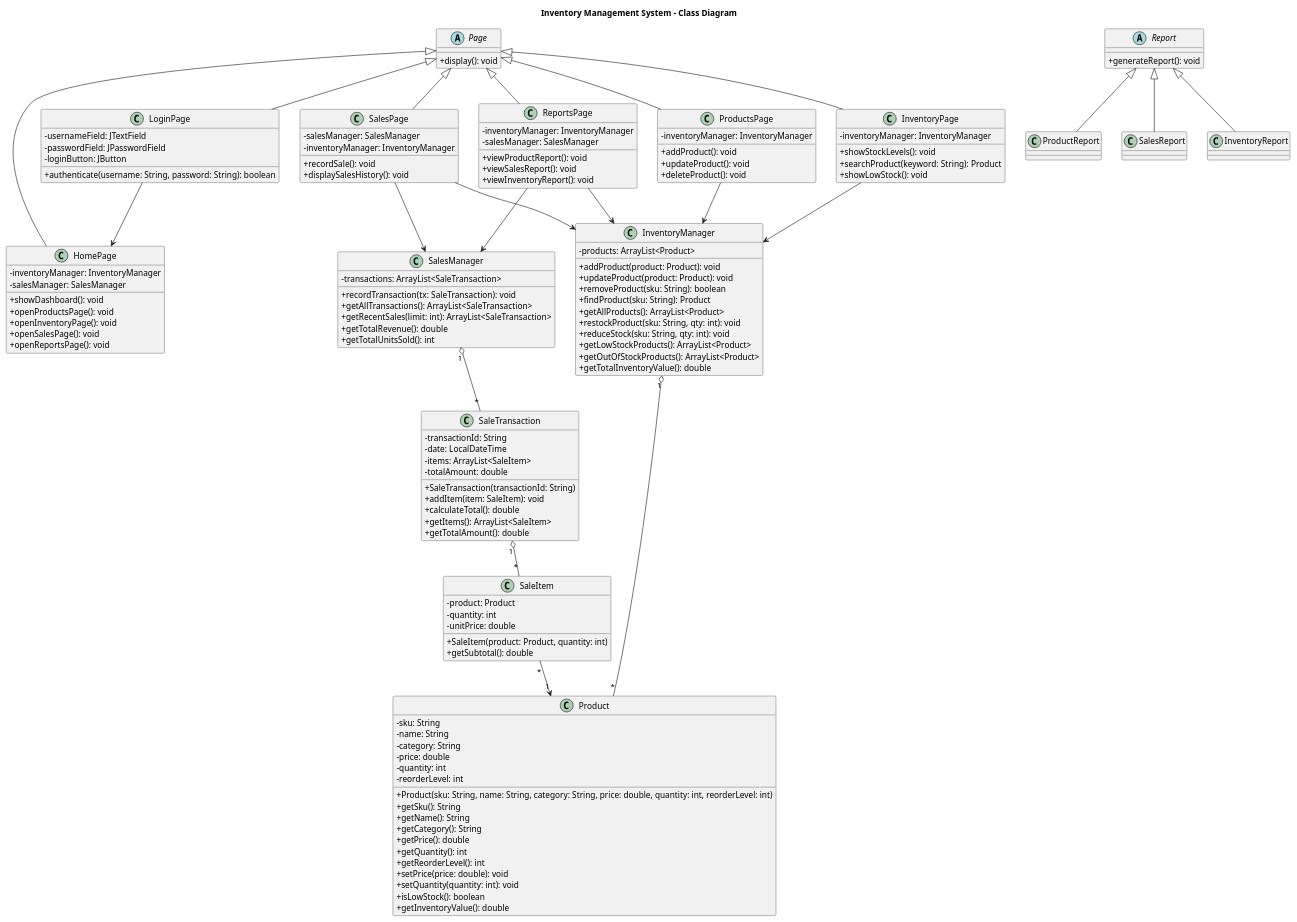
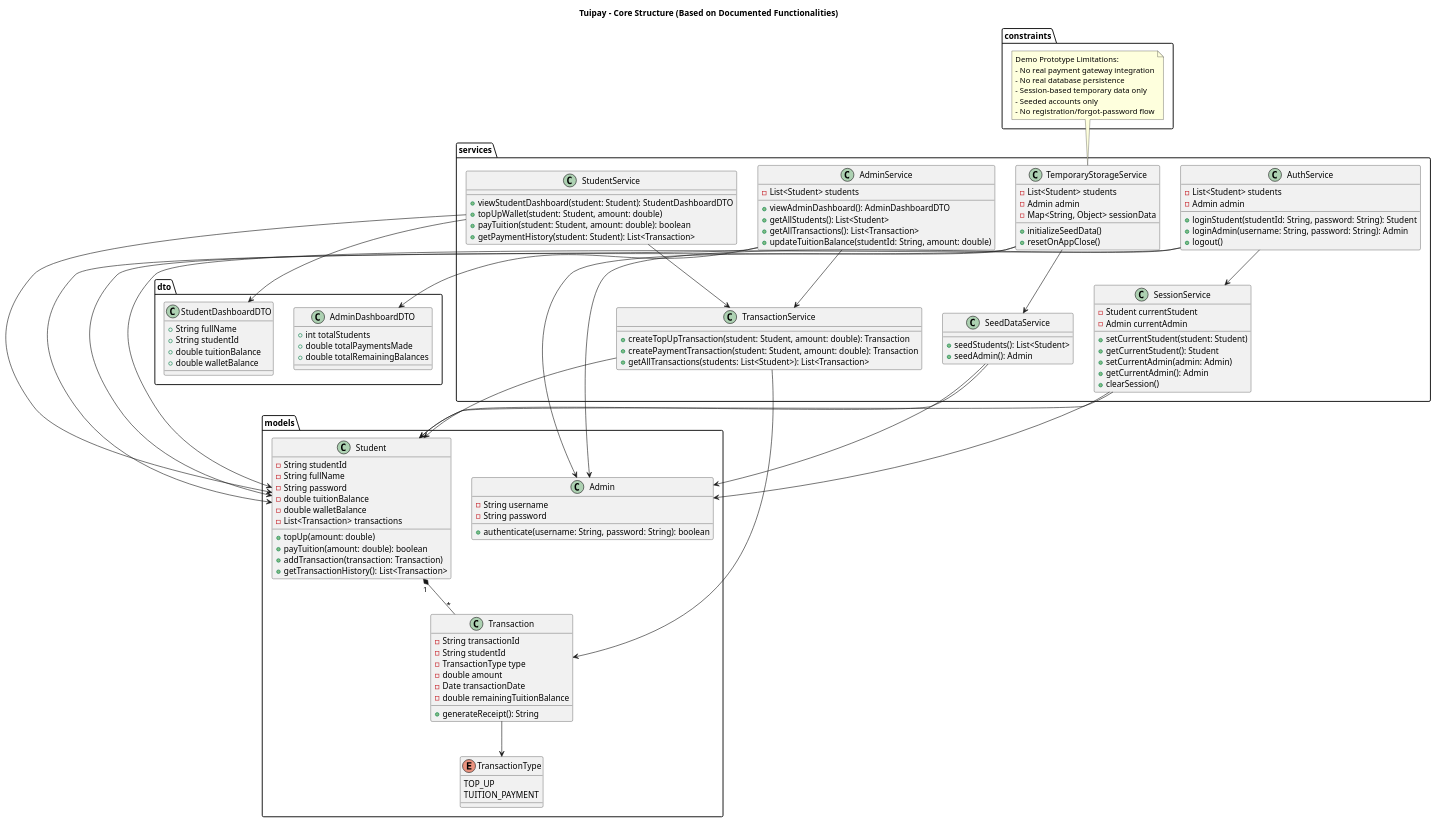
The diagram in src/main/resources/puml/uml.puml (Jasmyre/Tuipay), drawn with PlantUML before and after one commit. The commit also changed 22 other files, not shown here.

```diff
--- a/src/main/resources/puml/uml.puml
+++ b/src/main/resources/puml/uml.puml
@@ -1,182 +1,151 @@
 @startuml
-title Inventory Management System - Class Diagram
+title Tuipay - Core Structure (Based on Documented Functionalities)
 
-skinparam classAttributeIconSize 0
+package "models" {
 
-' =========================
-' BASE CLASSES (OOP SUPPORT)
-' =========================
+  class Student {
+    - String studentId
+    - String fullName
+    - String password
+    - double tuitionBalance
+    - double walletBalance
+    - List<Transaction> transactions
 
-abstract class Page {
-  + display(): void
+    + topUp(amount: double)
+    + payTuition(amount: double): boolean
+    + addTransaction(transaction: Transaction)
+    + getTransactionHistory(): List<Transaction>
+  }
+
+  class Admin {
+    - String username
+    - String password
+
+    + authenticate(username: String, password: String): boolean
+  }
+
+  class Transaction {
+    - String transactionId
+    - String studentId
+    - TransactionType type
+    - double amount
+    - Date transactionDate
+    - double remainingTuitionBalance
+
+    + generateReceipt(): String
+  }
+
+  enum TransactionType {
+    TOP_UP
+    TUITION_PAYMENT
+  }
 }
 
-abstract class Report {
-  + generateReport(): void
+package "services" {
+
+  class SeedDataService {
+    + seedStudents(): List<Student>
+    + seedAdmin(): Admin
+  }
+
+  class AuthService {
+    - List<Student> students
+    - Admin admin
+
+    + loginStudent(studentId: String, password: String): Student
+    + loginAdmin(username: String, password: String): Admin
+    + logout()
+  }
+
+  class StudentService {
+    + viewStudentDashboard(student: Student): StudentDashboardDTO
+    + topUpWallet(student: Student, amount: double)
+    + payTuition(student: Student, amount: double): boolean
+    + getPaymentHistory(student: Student): List<Transaction>
+  }
+
+  class AdminService {
+    - List<Student> students
+
+    + viewAdminDashboard(): AdminDashboardDTO
+    + getAllStudents(): List<Student>
+    + getAllTransactions(): List<Transaction>
+    + updateTuitionBalance(studentId: String, amount: double)
+  }
+
+  class SessionService {
+    - Student currentStudent
+    - Admin currentAdmin
+
+    + setCurrentStudent(student: Student)
+    + getCurrentStudent(): Student
+    + setCurrentAdmin(admin: Admin)
+    + getCurrentAdmin(): Admin
+    + clearSession()
+  }
+
+  class TransactionService {
+    + createTopUpTransaction(student: Student, amount: double): Transaction
+    + createPaymentTransaction(student: Student, amount: double): Transaction
+    + getAllTransactions(students: List<Student>): List<Transaction>
+  }
+
+  class TemporaryStorageService {
+    - List<Student> students
+    - Admin admin
+    - Map<String, Object> sessionData
+
+    + initializeSeedData()
+    + resetOnAppClose()
+  }
 }
 
-' =========================
-' MODEL CLASSES
-' =========================
+package "dto" {
+  class StudentDashboardDTO {
+    + String fullName
+    + String studentId
+    + double tuitionBalance
+    + double walletBalance
+  }
 
-class Product {
-  - sku: String
-  - name: String
-  - category: String
-  - price: double
-  - quantity: int
-  - reorderLevel: int
-  + Product(sku: String, name: String, category: String, price: double, quantity: int, reorderLevel: int)
-  + getSku(): String
-  + getName(): String
-  + getCategory(): String
-  + getPrice(): double
-  + getQuantity(): int
-  + getReorderLevel(): int
-  + setPrice(price: double): void
-  + setQuantity(quantity: int): void
-  + isLowStock(): boolean
-  + getInventoryValue(): double
+  class AdminDashboardDTO {
+    + int totalStudents
+    + double totalPaymentsMade
+    + double totalRemainingBalances
+  }
 }
 
-class SaleItem {
-  - product: Product
-  - quantity: int
-  - unitPrice: double
-  + SaleItem(product: Product, quantity: int)
-  + getSubtotal(): double
+package "constraints" {
+  note "Demo Prototype Limitations:\n- No real payment gateway integration\n- No real database persistence\n- Session-based temporary data only\n- Seeded accounts only\n- No registration/forgot-password flow" as DemoLimitations
 }
 
-class SaleTransaction {
-  - transactionId: String
-  - date: LocalDateTime
-  - items: ArrayList<SaleItem>
-  - totalAmount: double
-  + SaleTransaction(transactionId: String)
-  + addItem(item: SaleItem): void
-  + calculateTotal(): double
-  + getItems(): ArrayList<SaleItem>
-  + getTotalAmount(): double
-}
+Student "1" *-- "*" Transaction
+Transaction --> TransactionType
 
-' =========================
-' SERVICE CLASSES
-' =========================
+SeedDataService --> Student
+SeedDataService --> Admin
 
-class InventoryManager {
-  - products: ArrayList<Product>
-  + addProduct(product: Product): void
-  + updateProduct(product: Product): void
-  + removeProduct(sku: String): boolean
-  + findProduct(sku: String): Product
-  + getAllProducts(): ArrayList<Product>
-  + restockProduct(sku: String, qty: int): void
-  + reduceStock(sku: String, qty: int): void
-  + getLowStockProducts(): ArrayList<Product>
-  + getOutOfStockProducts(): ArrayList<Product>
-  + getTotalInventoryValue(): double
-}
+AuthService --> Student
+AuthService --> Admin
+AuthService --> SessionService
 
-class SalesManager {
-  - transactions: ArrayList<SaleTransaction>
-  + recordTransaction(tx: SaleTransaction): void
-  + getAllTransactions(): ArrayList<SaleTransaction>
-  + getRecentSales(limit: int): ArrayList<SaleTransaction>
-  + getTotalRevenue(): double
-  + getTotalUnitsSold(): int
-}
+StudentService --> Student
+StudentService --> TransactionService
+StudentService --> StudentDashboardDTO
 
-' =========================
-' REPORT CLASSES
-' =========================
+AdminService --> Student
+AdminService --> TransactionService
+AdminService --> AdminDashboardDTO
 
-class ProductReport
-class SalesReport
-class InventoryReport
+SessionService --> Student
+SessionService --> Admin
 
-Report <|-- ProductReport
-Report <|-- SalesReport
-Report <|-- InventoryReport
+TransactionService --> Transaction
+TransactionService --> Student
 
-' =========================
-' UI PAGES
-' =========================
-
-class LoginPage {
-  - usernameField: JTextField
-  - passwordField: JPasswordField
-  - loginButton: JButton
-  + authenticate(username: String, password: String): boolean
-}
-
-class HomePage {
-  - inventoryManager: InventoryManager
-  - salesManager: SalesManager
-  + showDashboard(): void
-  + openProductsPage(): void
-  + openInventoryPage(): void
-  + openSalesPage(): void
-  + openReportsPage(): void
-}
-
-class ProductsPage {
-  - inventoryManager: InventoryManager
-  + addProduct(): void
-  + updateProduct(): void
-  + deleteProduct(): void
-}
-
-class InventoryPage {
-  - inventoryManager: InventoryManager
-  + showStockLevels(): void
-  + searchProduct(keyword: String): Product
-  + showLowStock(): void
-}
-
-class SalesPage {
-  - salesManager: SalesManager
-  - inventoryManager: InventoryManager
-  + recordSale(): void
-  + displaySalesHistory(): void
-}
-
-class ReportsPage {
-  - inventoryManager: InventoryManager
-  - salesManager: SalesManager
-  + viewProductReport(): void
-  + viewSalesReport(): void
-  + viewInventoryReport(): void
-}
-
-' =========================
-' INHERITANCE (PAGES)
-' =========================
-
-Page <|-- LoginPage
-Page <|-- HomePage
-Page <|-- ProductsPage
-Page <|-- InventoryPage
-Page <|-- SalesPage
-Page <|-- ReportsPage
-
-' =========================
-' RELATIONSHIPS
-' =========================
-
-InventoryManager "1" o-- "*" Product
-SalesManager "1" o-- "*" SaleTransaction
-SaleTransaction "1" o-- "*" SaleItem
-SaleItem "*" --> "1" Product
-
-ProductsPage --> InventoryManager
-InventoryPage --> InventoryManager
-
-SalesPage --> SalesManager
-SalesPage --> InventoryManager
-
-ReportsPage --> InventoryManager
-ReportsPage --> SalesManager
-
-LoginPage --> HomePage
+TemporaryStorageService --> SeedDataService
+TemporaryStorageService --> Student
+TemporaryStorageService --> Admin
+DemoLimitations .. TemporaryStorageService
 
 @enduml
```
